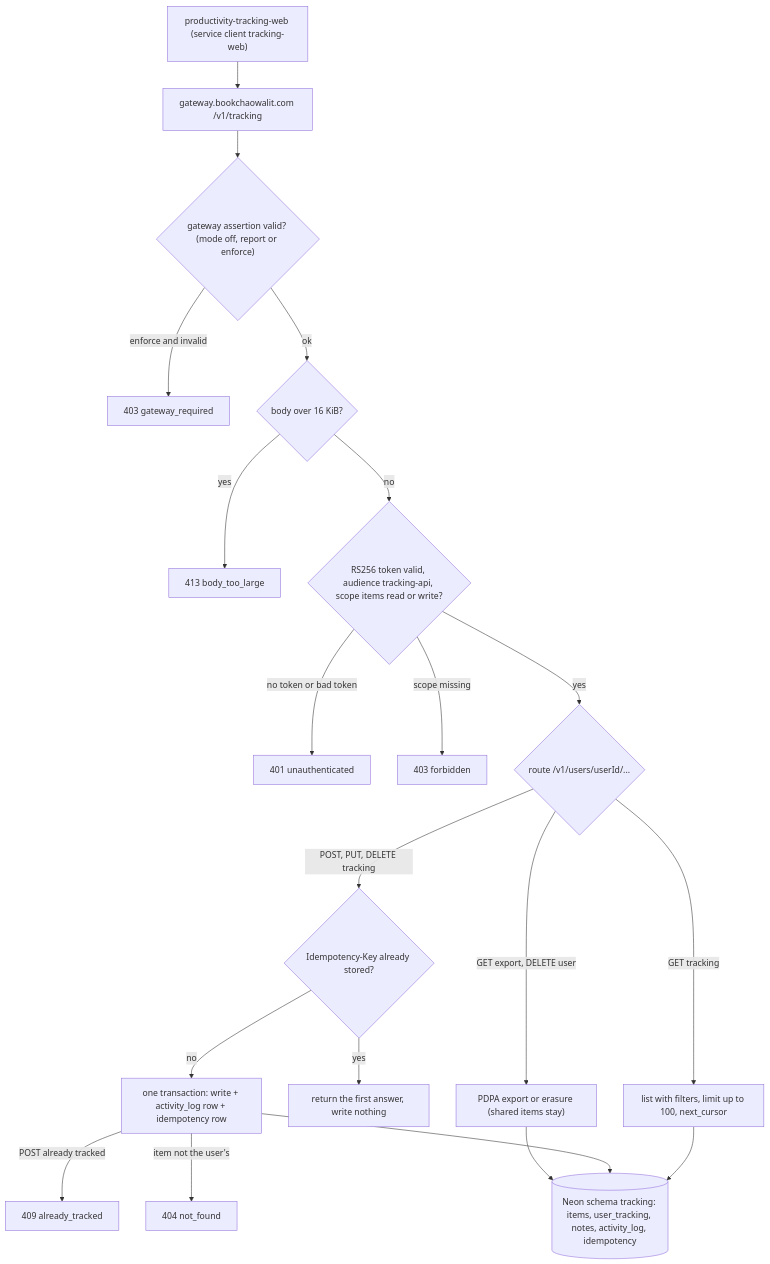
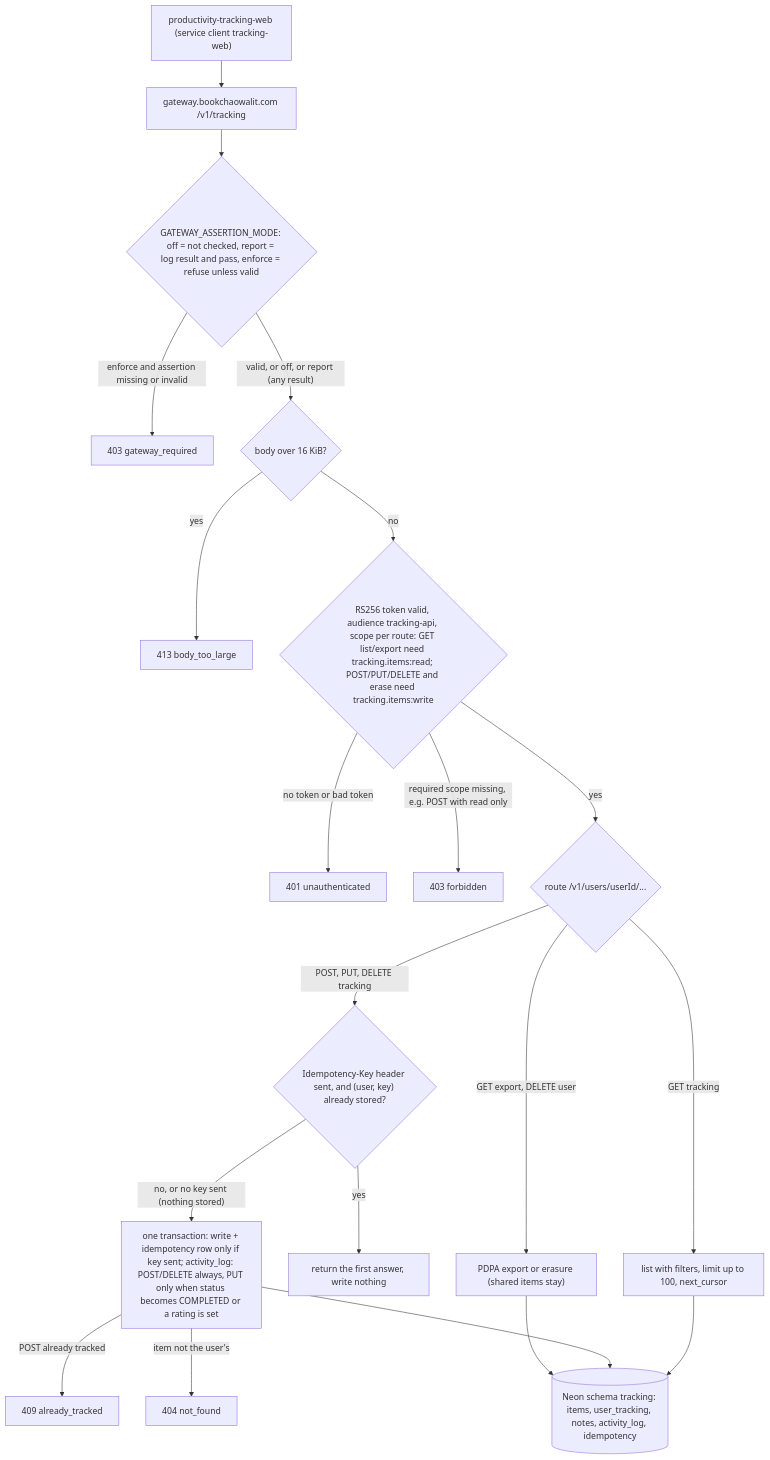
The diagram in docs/diagrams/01-business-process.md (bookchaowalit/productivity-tracking-api), drawn with Mermaid before and after one commit. The commit also changed other lines of this file, not shown here.

Commit message:
docs: correct As-Is/To-Be facts from review (01-business-process)

````diff
--- a/docs/diagrams/01-business-process.md
+++ b/docs/diagrams/01-business-process.md
@@ -9,22 +9,22 @@
 ```mermaid
 flowchart TD
   WEB["productivity-tracking-web (service client tracking-web)"] --> GW["gateway.bookchaowalit.com /v1/tracking"]
-  GW --> ASSERT{"gateway assertion valid? (mode off, report or enforce)"}
-  ASSERT -->|"enforce and invalid"| R403["403 gateway_required"]
-  ASSERT -->|ok| SIZE{"body over 16 KiB?"}
+  GW --> ASSERT{"GATEWAY_ASSERTION_MODE: off = not checked, report = log result and pass, enforce = refuse unless valid"}
+  ASSERT -->|"enforce and assertion missing or invalid"| R403["403 gateway_required"]
+  ASSERT -->|"valid, or off, or report (any result)"| SIZE{"body over 16 KiB?"}
   SIZE -->|yes| R413["413 body_too_large"]
-  SIZE -->|no| TOKEN{"RS256 token valid, audience tracking-api, scope items read or write?"}
+  SIZE -->|no| TOKEN{"RS256 token valid, audience tracking-api, scope per route: GET list/export need tracking.items:read; POST/PUT/DELETE and erase need tracking.items:write"}
   TOKEN -->|"no token or bad token"| R401["401 unauthenticated"]
-  TOKEN -->|"scope missing"| R403B["403 forbidden"]
+  TOKEN -->|"required scope missing, e.g. POST with read only"| R403B["403 forbidden"]
   TOKEN -->|yes| ROUTE{"route /v1/users/userId/..."}
   ROUTE -->|"GET tracking"| LIST["list with filters, limit up to 100, next_cursor"]
-  ROUTE -->|"POST, PUT, DELETE tracking"| IDEM{"Idempotency-Key already stored?"}
+  ROUTE -->|"POST, PUT, DELETE tracking"| IDEM{"Idempotency-Key header sent, and (user, key) already stored?"}
   IDEM -->|yes| REPLAY["return the first answer, write nothing"]
-  IDEM -->|no| TX["one transaction: write + activity_log row + idempotency row"]
+  IDEM -->|"no, or no key sent (nothing stored)"| TX["one transaction: write + idempotency row only if key sent; activity_log: POST/DELETE always, PUT only when status becomes COMPLETED or a rating is set"]
   TX -->|"POST already tracked"| R409["409 already_tracked"]
   TX -->|"item not the user's"| R404["404 not_found"]
   ROUTE -->|"GET export, DELETE user"| PDPA["PDPA export or erasure (shared items stay)"]
   LIST --> DB[("Neon schema tracking: items, user_tracking, notes, activity_log, idempotency")]
   TX --> DB
   PDPA --> DB
 ```
````
